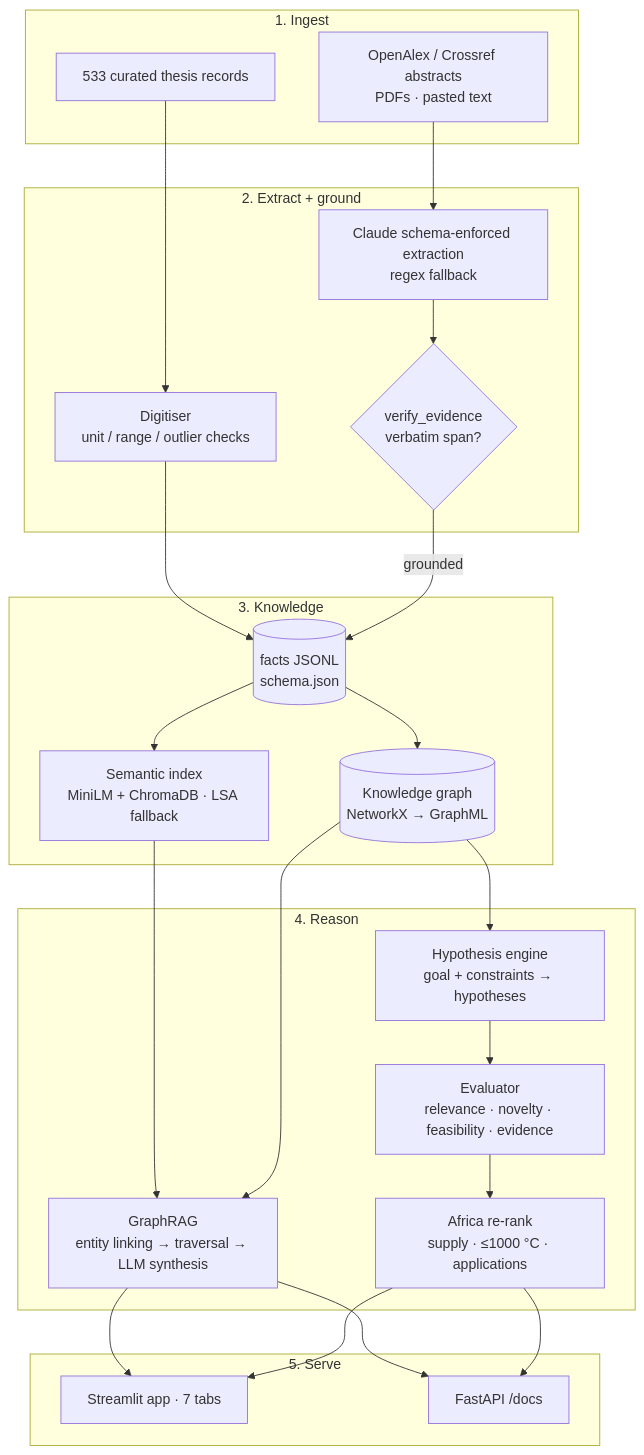
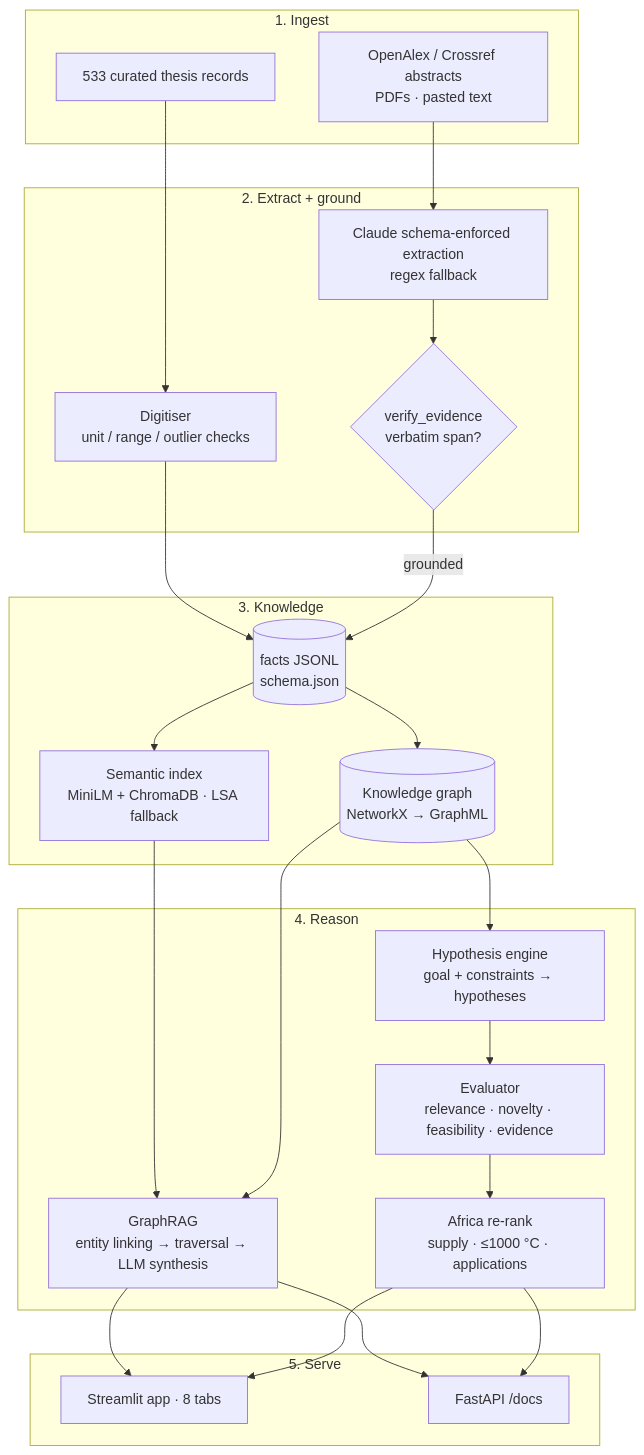
One commit to michaelTomiwa/ahsc-llzo-analysis changed the diagram in README.md. Above: the diagram before and after it, drawn with Mermaid. The commit also changed other lines of this file and 4 other files, not shown here.

````diff
--- a/README.md
+++ b/README.md
@@ -22,33 +22,33 @@
 ```mermaid
 flowchart TB
   subgraph Ingest[1. Ingest]
     CSV[533 curated thesis records]
     LIT[OpenAlex / Crossref abstracts\nPDFs · pasted text]
   end
   subgraph Extract[2. Extract + ground]
     DIG[Digitiser\nunit / range / outlier checks]
     LLM[Claude schema-enforced extraction\nregex fallback]
     VER{verify_evidence\nverbatim span?}
   end
   subgraph Know[3. Knowledge]
     FACTS[(facts JSONL\nschema.json)]
     IDX[Semantic index\nMiniLM + ChromaDB · LSA fallback]
     KG[(Knowledge graph\nNetworkX → GraphML)]
   end
   subgraph Reason[4. Reason]
     RAG[GraphRAG\nentity linking → traversal → LLM synthesis]
     HYP[Hypothesis engine\ngoal + constraints → hypotheses]
     EVAL[Evaluator\nrelevance · novelty · feasibility · evidence]
     AFR[Africa re-rank\nsupply · ≤1000 °C · applications]
   end
   subgraph Serve[5. Serve]
-    APP[Streamlit app · 7 tabs]
+    APP[Streamlit app · 8 tabs]
     API[FastAPI /docs]
   end
   CSV --> DIG --> FACTS
   LIT --> LLM --> VER -->|grounded| FACTS
   FACTS --> IDX & KG
   IDX & KG --> RAG
   KG --> HYP --> EVAL --> AFR
   RAG & AFR --> APP & API
 ```
````
